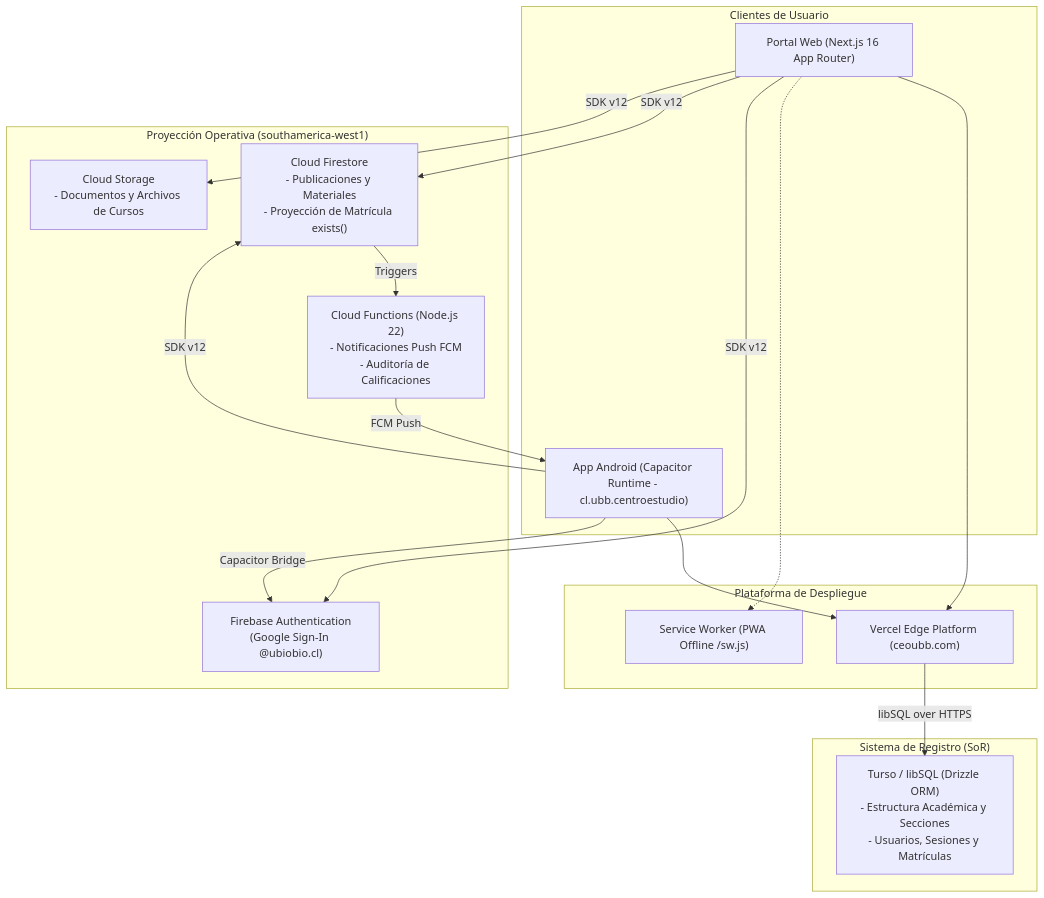
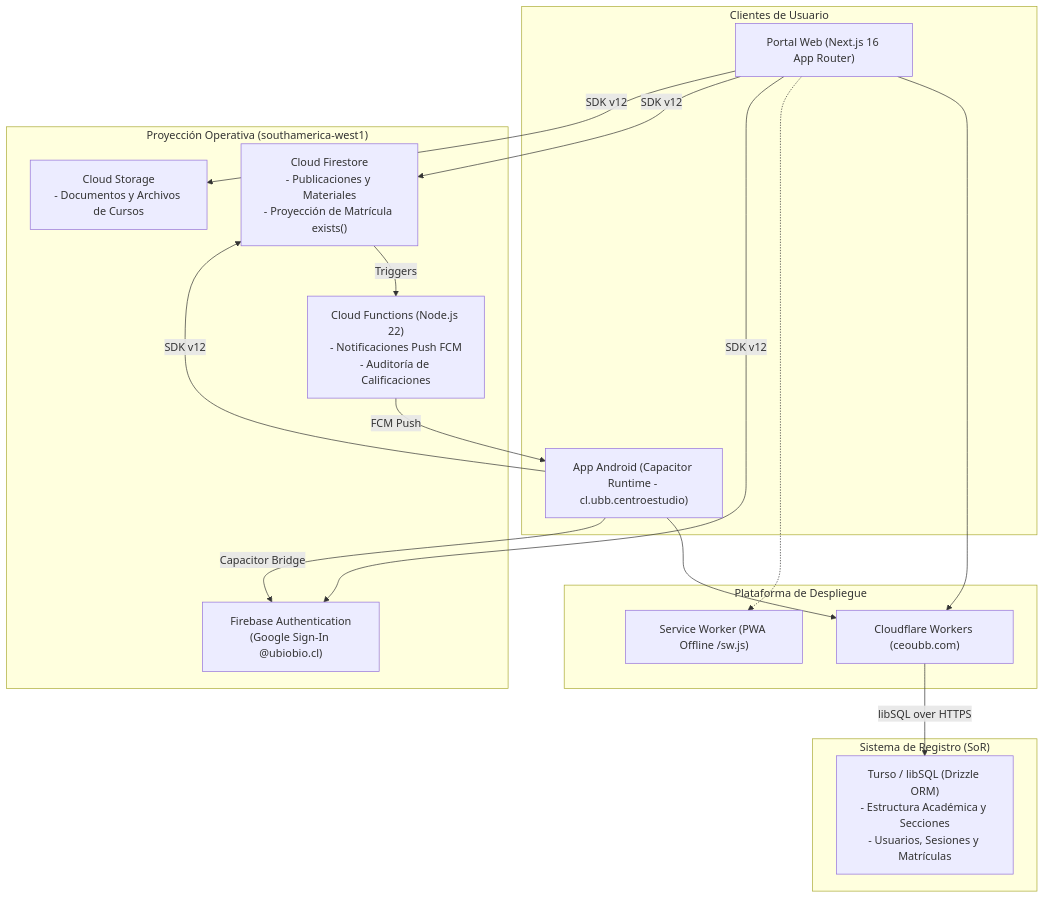
The diagram in README.md (CEOUBB/CEOUBB), drawn with Mermaid before and after one commit. The commit also changed other lines of this file and 30 other files, not shown here.

First line of the commit message:
refactor(infra): purgar dependencias y referencias de vercel y configurar cloudflare staging y previews (#113)

````diff
--- a/README.md
+++ b/README.md
@@ -42,35 +42,35 @@
 ```mermaid
 flowchart TD
     subgraph Clientes ["Clientes de Usuario"]
         Web["Portal Web (Next.js 16 App Router)"]
         Mobile["App Android (Capacitor Runtime - cl.ubb.centroestudio)"]
     end
 
     subgraph Edge ["Plataforma de Despliegue"]
-        Vercel["Vercel Edge Platform (ceoubb.com)"]
+        Cloudflare["Cloudflare Workers (ceoubb.com)"]
         SW["Service Worker (PWA Offline /sw.js)"]
     end
 
     subgraph SoR ["Sistema de Registro (SoR)"]
         Turso["Turso / libSQL (Drizzle ORM)\n- Estructura Académica y Secciones\n- Usuarios, Sesiones y Matrículas"]
     end
 
     subgraph Cloud ["Proyección Operativa (southamerica-west1)"]
         Auth["Firebase Authentication\n(Google Sign-In @ubiobio.cl)"]
         Firestore["Cloud Firestore\n- Publicaciones y Materiales\n- Proyección de Matrícula exists()"]
         Storage["Cloud Storage\n- Documentos y Archivos de Cursos"]
         Functions["Cloud Functions (Node.js 22)\n- Notificaciones Push FCM\n- Auditoría de Calificaciones"]
     end
 
-    Web --> Vercel
-    Mobile --> Vercel
+    Web --> Cloudflare
+    Mobile --> Cloudflare
     Web -.-> SW
-    Vercel -->|libSQL over HTTPS| Turso
+    Cloudflare -->|libSQL over HTTPS| Turso
     Web -->|SDK v12| Auth
     Web -->|SDK v12| Firestore
     Web -->|SDK v12| Storage
     Mobile -->|Capacitor Bridge| Auth
     Mobile -->|SDK v12| Firestore
     Firestore -->|Triggers| Functions
     Functions -->|FCM Push| Mobile
 ```
````
